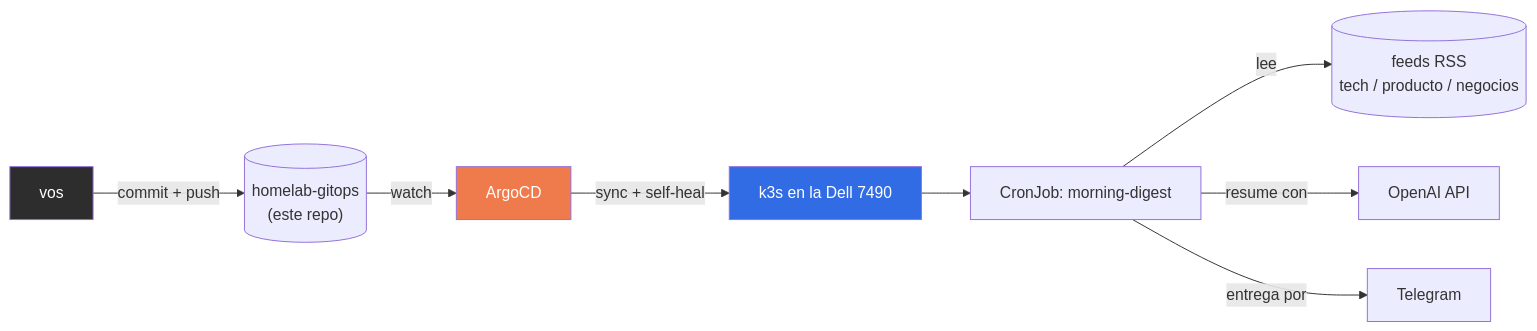
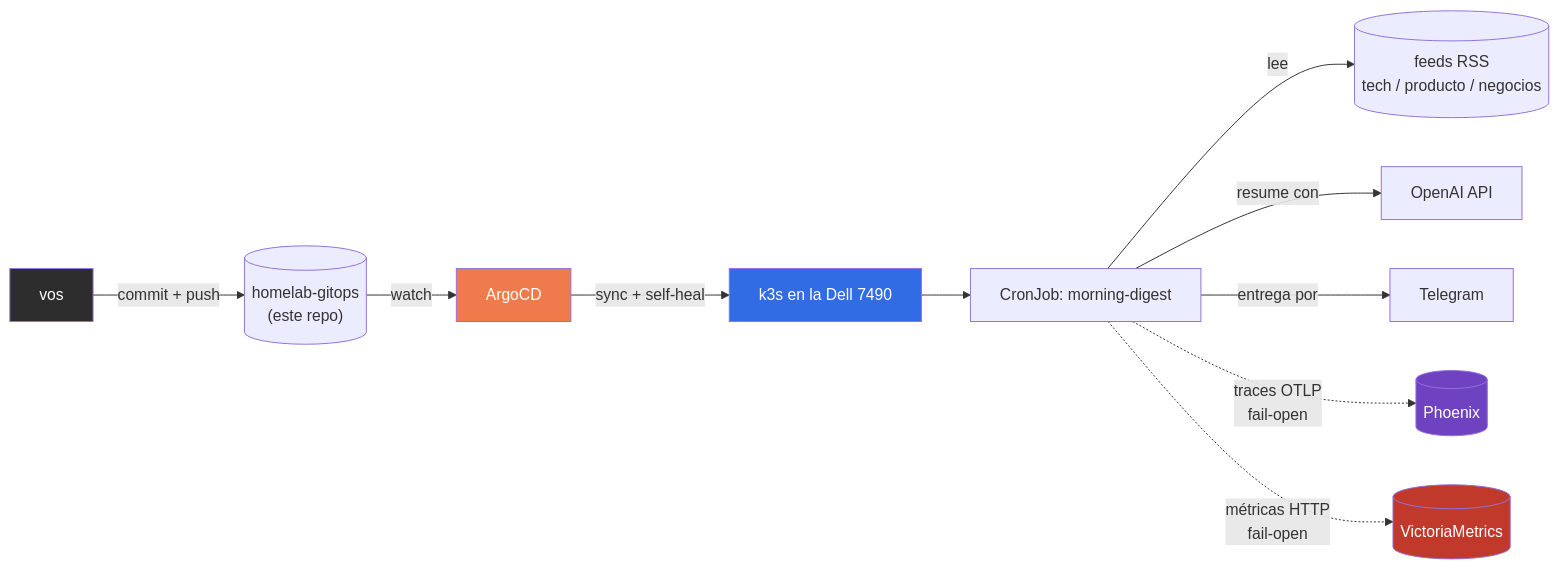
The first of 2 diagrams in README.md (julianalvarez95/homelab-gitops), drawn with Mermaid before and after one commit. The commit also changed other lines of this file, not shown here.

````diff
--- a/README.md
+++ b/README.md
@@ -18,14 +19,18 @@
 ```mermaid
 flowchart LR
     Dev["vos"] -->|commit + push| Repo[("homelab-gitops\n(este repo)")]
     Repo -->|watch| ArgoCD
     ArgoCD -->|sync + self-heal| K3s["k3s en la Dell 7490"]
     K3s --> Cron["CronJob: morning-digest"]
     Cron -->|lee| RSS[("feeds RSS\ntech / producto / negocios")]
     Cron -->|resume con| LLM["OpenAI API"]
     Cron -->|entrega por| TG["Telegram"]
+    Cron -.->|traces OTLP\nfail-open| Phoenix[("Phoenix")]
+    Cron -.->|métricas HTTP\nfail-open| VM[("VictoriaMetrics")]
 
     style Dev fill:#2d2d2d,color:#fff
     style ArgoCD fill:#ef7b4d,color:#fff
     style K3s fill:#326ce5,color:#fff
+    style Phoenix fill:#6f42c1,color:#fff
+    style VM fill:#c0392b,color:#fff
 ```
````
